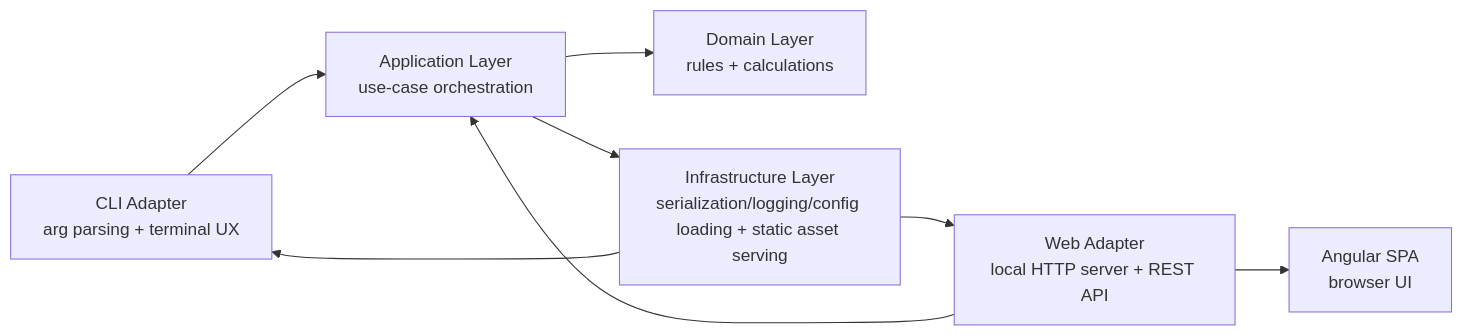
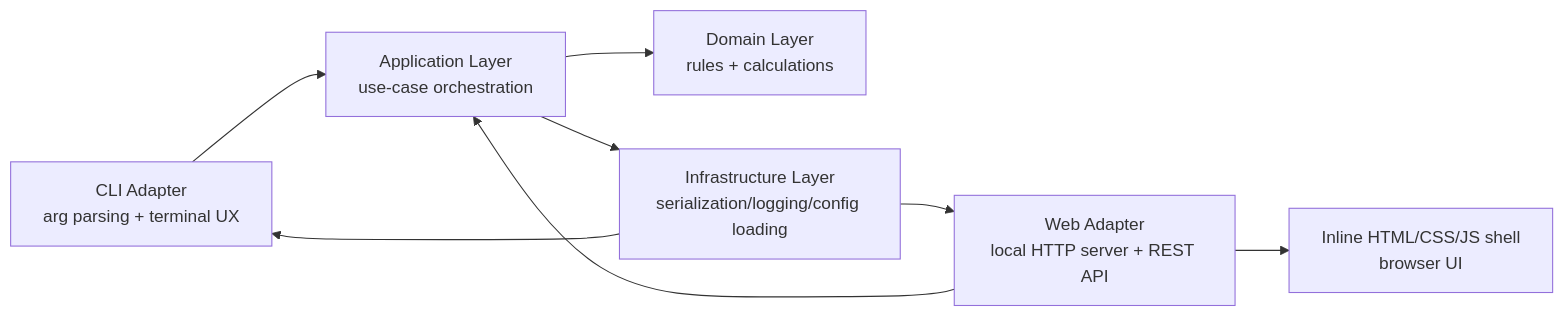
One commit to oliver-koeth/mealplan-cli changed the diagram in docs/ARCHITECTURE.md. Above: the diagram before and after it, drawn with Mermaid. The commit also changed other lines of this file and 10 other files, not shown here.

````diff
--- a/docs/ARCHITECTURE.md
+++ b/docs/ARCHITECTURE.md
@@ -24,10 +24,10 @@
 ```mermaid
 flowchart LR
   CLI[CLI Adapter\narg parsing + terminal UX] --> APP[Application Layer\nuse-case orchestration]
   WEB[Web Adapter\nlocal HTTP server + REST API] --> APP
-  WEB --> UI[Angular SPA\nbrowser UI]
+  WEB --> UI[Inline HTML/CSS/JS shell\nbrowser UI]
   APP --> DOM[Domain Layer\nrules + calculations]
-  APP --> INF[Infrastructure Layer\nserialization/logging/config loading + static asset serving]
+  APP --> INF[Infrastructure Layer\nserialization/logging/config loading]
   INF --> CLI
   INF --> WEB
 ```
````
